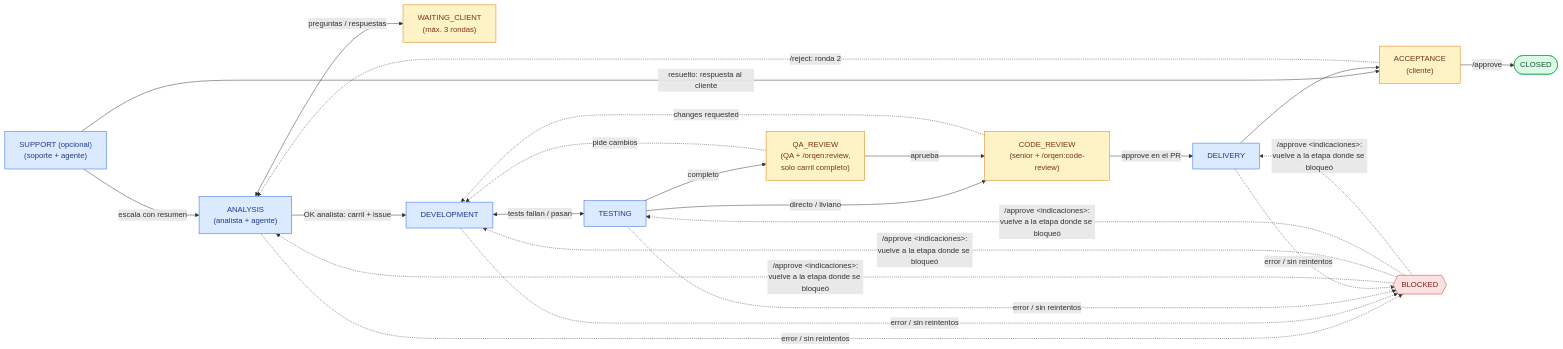
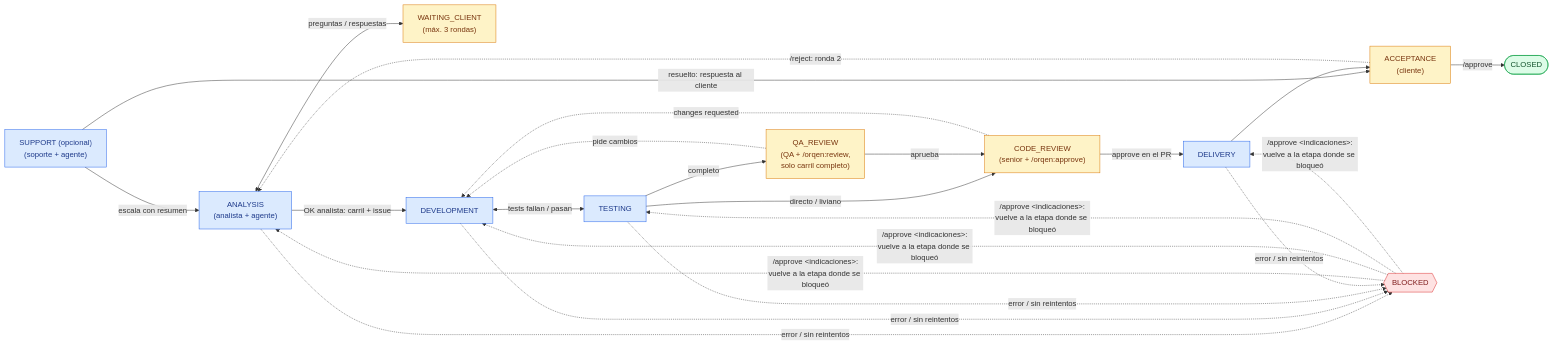
One commit to sistemas-telpin/orqen changed the seventh of 7 diagrams in README.md. Above: the diagram before and after it, drawn with Mermaid. The commit also changed other lines of this file and 11 other files, not shown here.

First line of the commit message:
Un comando por cosa: /orqen:approve absorbe el informe del code review

````diff
--- a/README.md
+++ b/README.md
@@ -293,37 +294,37 @@
 ```mermaid
 flowchart LR
     classDef agente fill:#dbeafe,stroke:#2563eb,color:#1e3a8a
     classDef humano fill:#fef3c7,stroke:#d97706,color:#78350f
     classDef final fill:#dcfce7,stroke:#16a34a,color:#14532d
     classDef bloq fill:#fee2e2,stroke:#dc2626,color:#7f1d1d
 
     SUPPORT["SUPPORT (opcional)<br/>(soporte + agente)"]:::agente
     ANALYSIS["ANALYSIS<br/>(analista + agente)"]:::agente
     ESPERA["WAITING_CLIENT<br/>(máx. 3 rondas)"]:::humano
     DESA["DEVELOPMENT"]:::agente
     TEST["TESTING"]:::agente
     QA["QA_REVIEW<br/>(QA + /orqen:review,<br/>solo carril completo)"]:::humano
-    REV["CODE_REVIEW<br/>(senior + /orqen:code-review)"]:::humano
+    REV["CODE_REVIEW<br/>(senior + /orqen:approve)"]:::humano
     DELIVERY["DELIVERY"]:::agente
     CONF["ACCEPTANCE<br/>(cliente)"]:::humano
     CLOSED(["CLOSED"]):::final
     BLOQ{{"BLOCKED"}}:::bloq
 
     SUPPORT -->|"escala con resumen"| ANALYSIS
     SUPPORT -->|"resuelto: respuesta al cliente"| CONF
     ANALYSIS <-->|preguntas / respuestas| ESPERA
     ANALYSIS -->|"OK analista: carril + issue"| DESA
     DESA <-->|tests fallan / pasan| TEST
     TEST -->|"directo / liviano"| REV
     TEST -->|"completo"| QA
     QA -->|"aprueba"| REV
     QA -.->|"pide cambios"| DESA
     REV -->|"approve en el PR"| DELIVERY
     REV -.->|"changes requested"| DESA
     DELIVERY --> CONF
     CONF -->|/approve| CLOSED
     CONF -.->|"/reject: ronda 2"| ANALYSIS
 
     ANALYSIS & DESA & TEST & DELIVERY -.->|error / sin reintentos| BLOQ
     BLOQ -.->|"/approve &lt;indicaciones&gt;:<br/>vuelve a la etapa donde se bloqueó"| ANALYSIS & DESA & TEST & DELIVERY
 ```
````
